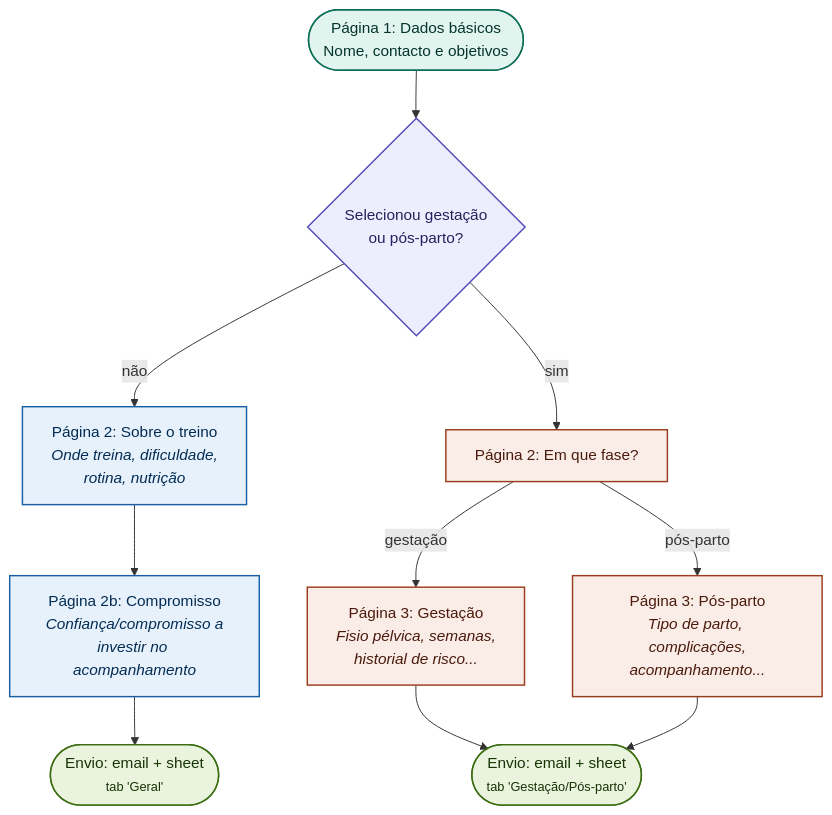
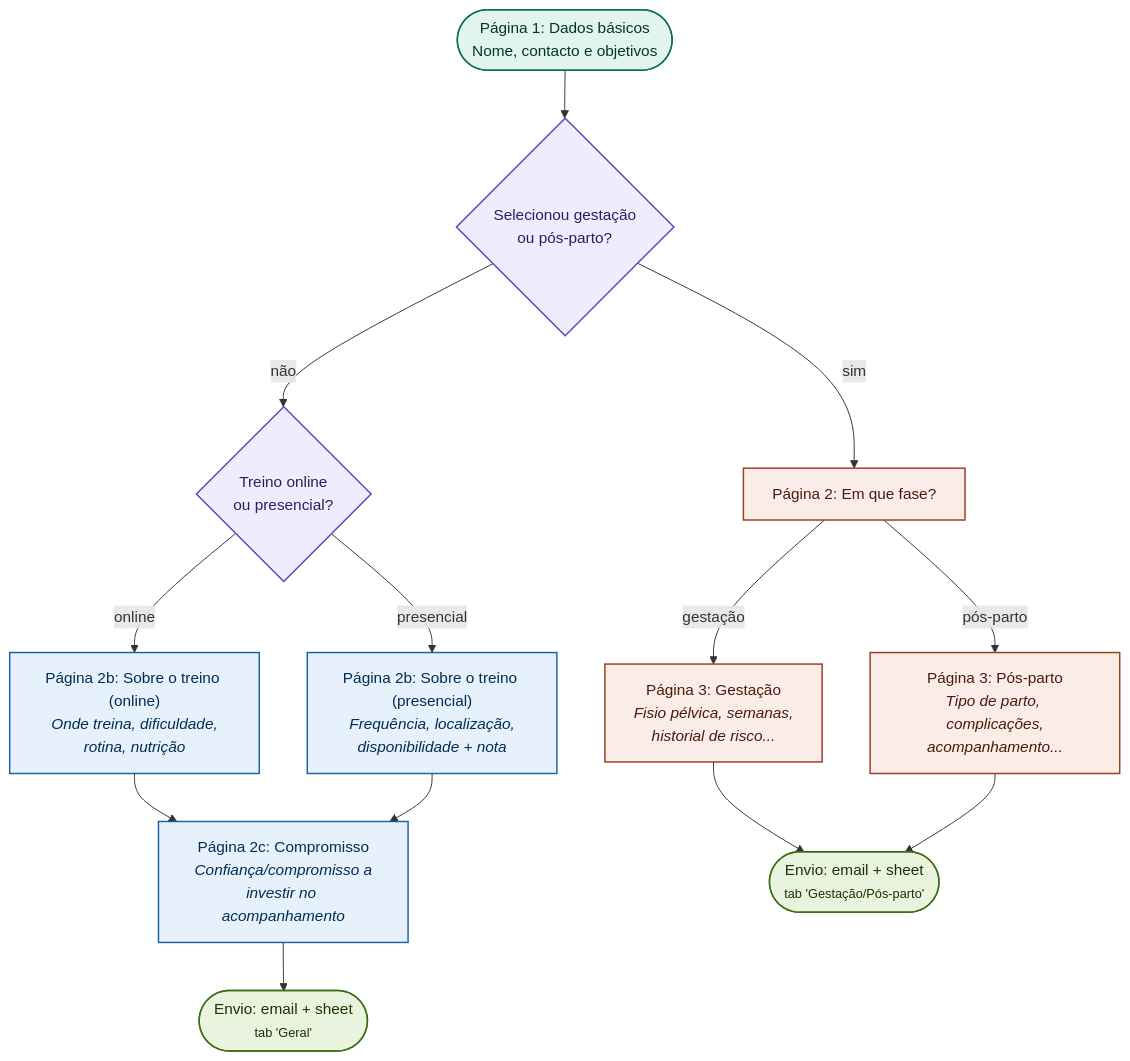
The first of 3 diagrams in README.md (C2M2-Mobile-Minds/ignite-individual-coaching-web), drawn with Mermaid before and after one commit. The commit also changed other lines of this file and 8 other files, not shown here.

Commit message:
Issue 50 online presencial branch (#56)

````diff
--- a/README.md
+++ b/README.md
@@ -73,28 +73,32 @@
 ```mermaid
 flowchart TD
     A(["Página 1: Dados básicos<br/>Nome, contacto e objetivos"]) --> B{"Selecionou gestação<br/>ou pós-parto?"}
 
-    B -- não --> C["Página 2: Sobre o treino<br/><i>Onde treina, dificuldade,<br/>rotina, nutrição</i>"]
+    B -- não --> M{"Treino online<br/>ou presencial?"}
     B -- sim --> D["Página 2: Em que fase?"]
 
-    C --> C2["Página 2b: Compromisso<br/><i>Confiança/compromisso a<br/>investir no acompanhamento</i>"]
+    M -- online --> C["Página 2b: Sobre o treino (online)<br/><i>Onde treina, dificuldade,<br/>rotina, nutrição</i>"]
+    M -- presencial --> CP["Página 2b: Sobre o treino (presencial)<br/><i>Frequência, localização,<br/>disponibilidade + nota</i>"]
+
+    C --> C2["Página 2c: Compromisso<br/><i>Confiança/compromisso a<br/>investir no acompanhamento</i>"]
+    CP --> C2
 
     D -- gestação --> F["Página 3: Gestação<br/><i>Fisio pélvica, semanas,<br/>historial de risco...</i>"]
     D -- pós-parto --> G["Página 3: Pós-parto<br/><i>Tipo de parto, complicações,<br/>acompanhamento...</i>"]
 
     C2 --> E(["Envio: email + sheet<br/><small>tab 'Geral'</small>"])
     F --> H(["Envio: email + sheet<br/><small>tab 'Gestação/Pós-parto'</small>"])
     G --> H
 
     classDef start fill:#E1F5EE,stroke:#0F6E56,stroke-width:1.5px,color:#04342C
     classDef decision fill:#EEEDFE,stroke:#534AB7,stroke-width:1.5px,color:#26215C
     classDef general fill:#E6F1FB,stroke:#185FA5,stroke-width:1.5px,color:#042C53
     classDef pregnancy fill:#FAECE7,stroke:#993C1D,stroke-width:1.5px,color:#4A1B0C
     classDef finish fill:#EAF3DE,stroke:#3B6D11,stroke-width:1.5px,color:#173404
 
     class A start
-    class B decision
-    class C,C2 general
+    class B,M decision
+    class C,CP,C2 general
     class D,F,G pregnancy
     class E,H finish
 ```
````
